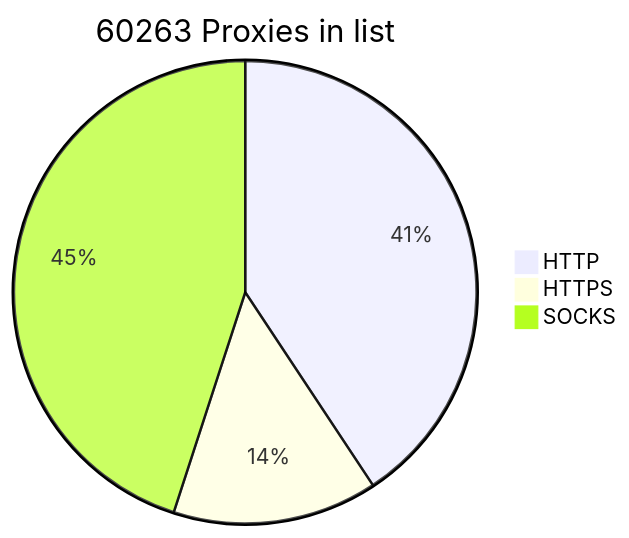
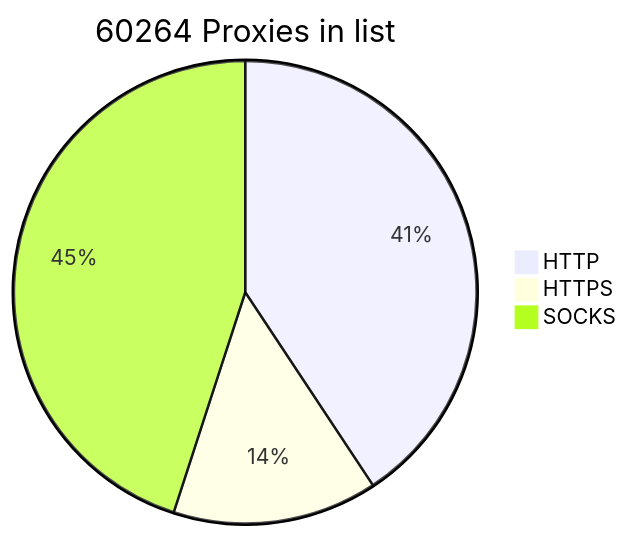
The diagram in README.md (BlackSnowDot/proxylist-update-every-minute), drawn with Mermaid before and after one commit.

````diff
--- a/README.md
+++ b/README.md
@@ -2,6 +2,6 @@
 ```mermaid
-pie title 60263 Proxies in list
-    "HTTP" : 27738
+pie title 60264 Proxies in list
+    "HTTP" : 27739
     "HTTPS": 9749
     "SOCKS" : 30670
 ```
````
